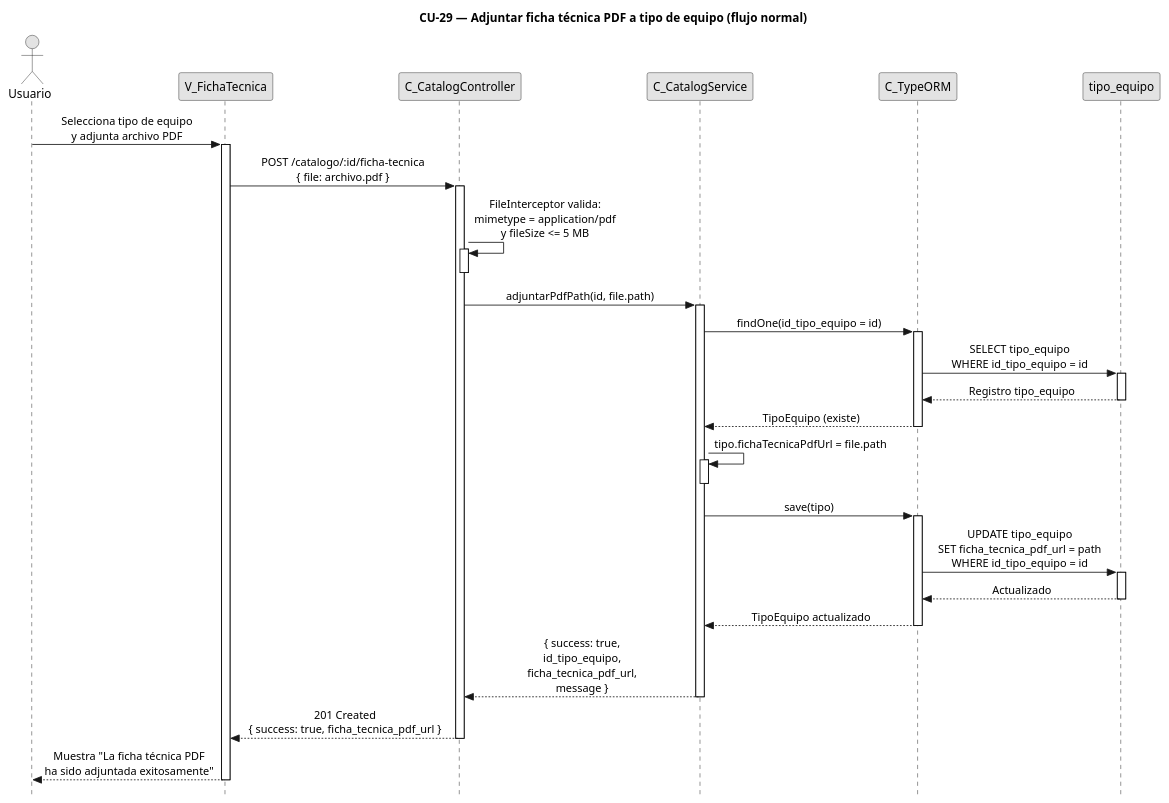
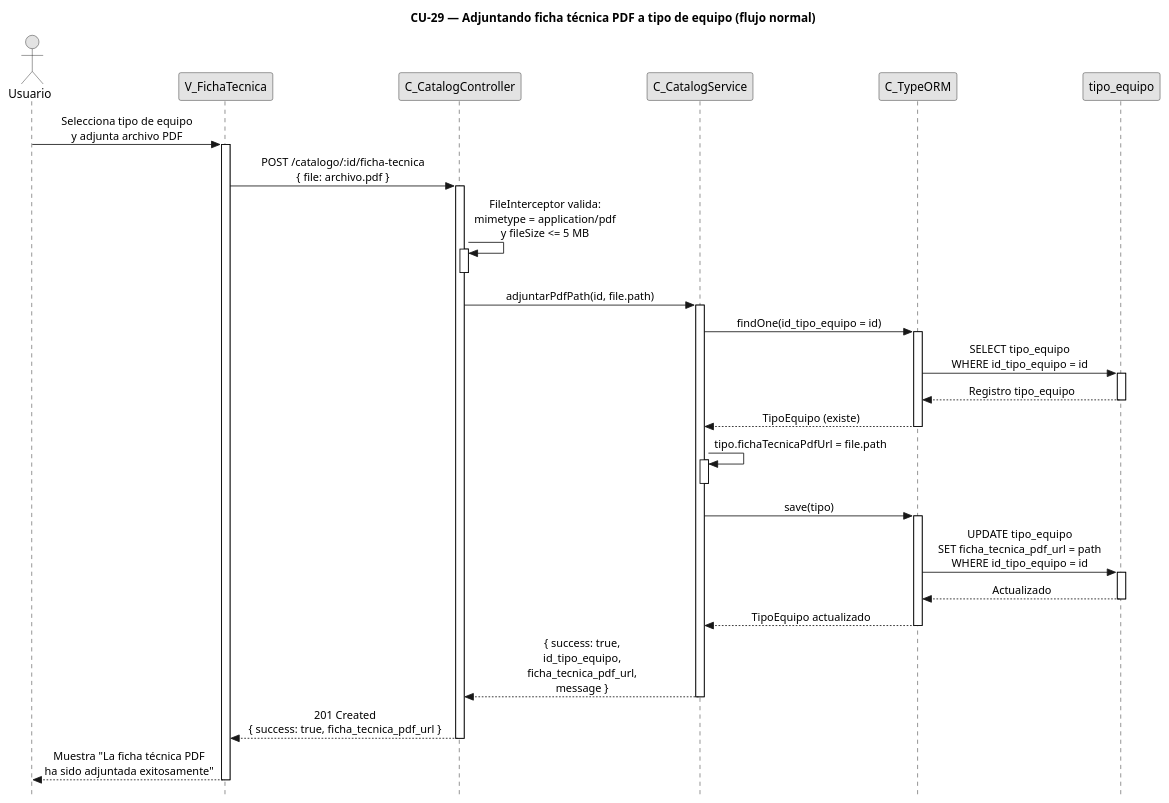
The diagram in diagramas/diagramas-secuencia/CU29/CU29-normal.puml (FSM-Finet-y-Cable-Magico/Team_1-Inventario-y-Bodega), drawn with PlantUML before and after one commit. The commit also changed 155 other files, not shown here.

Commit message:
fix: titulos de diagramas de secuencia en gerundio

```diff
--- a/diagramas/diagramas-secuencia/CU29/CU29-normal.puml
+++ b/diagramas/diagramas-secuencia/CU29/CU29-normal.puml
@@ -1,71 +1,71 @@
 @startuml CU29-normal
-title CU-29 — Adjuntar ficha técnica PDF a tipo de equipo (flujo normal)
+title CU-29 — Adjuntando ficha técnica PDF a tipo de equipo (flujo normal)
 
 skinparam style strictuml
 skinparam monochrome true
 skinparam shadowing false
 skinparam sequenceMessageAlign center
 skinparam ParticipantPadding 70
 skinparam ActorPadding 30
 skinparam sequence {
   MessageAlign center
   LifeLineBorderColor black
 }
 hide footbox
 
 actor "Usuario" as user
 participant "V_FichaTecnica" as view
 participant "C_CatalogController" as ctrl
 participant "C_CatalogService" as svc
 participant "C_TypeORM" as orm
 participant "tipo_equipo" as tent
 
 user -> view : Selecciona tipo de equipo\ny adjunta archivo PDF
 activate view
 
 view -> ctrl : POST /catalogo/:id/ficha-tecnica\n{ file: archivo.pdf }
 activate ctrl
 
 ctrl -> ctrl : FileInterceptor valida:\nmimetype = application/pdf\ny fileSize <= 5 MB
 activate ctrl
 deactivate ctrl
 
 ctrl -> svc : adjuntarPdfPath(id, file.path)
 activate svc
 
 svc -> orm : findOne(id_tipo_equipo = id)
 activate orm
 
 orm -> tent : SELECT tipo_equipo\nWHERE id_tipo_equipo = id
 activate tent
 tent --> orm : Registro tipo_equipo
 deactivate tent
 
 orm --> svc : TipoEquipo (existe)
 deactivate orm
 
 svc -> svc : tipo.fichaTecnicaPdfUrl = file.path
 activate svc
 deactivate svc
 
 svc -> orm : save(tipo)
 activate orm
 
 orm -> tent : UPDATE tipo_equipo\nSET ficha_tecnica_pdf_url = path\nWHERE id_tipo_equipo = id
 activate tent
 tent --> orm : Actualizado
 deactivate tent
 
 orm --> svc : TipoEquipo actualizado
 deactivate orm
 
 svc --> ctrl : { success: true,\nid_tipo_equipo,\nficha_tecnica_pdf_url,\nmessage }
 deactivate svc
 
 ctrl --> view : 201 Created\n{ success: true, ficha_tecnica_pdf_url }
 deactivate ctrl
 
 view --> user : Muestra "La ficha técnica PDF\nha sido adjuntada exitosamente"
 deactivate view
 
 @enduml
```
